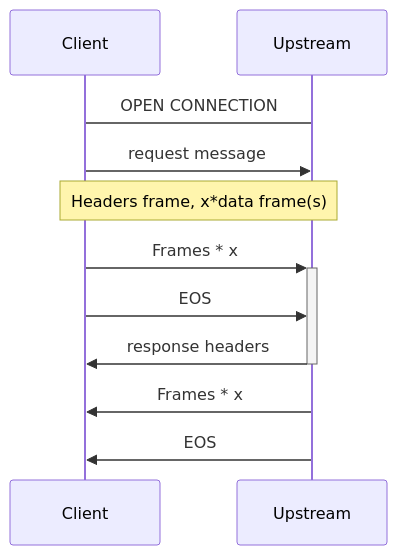
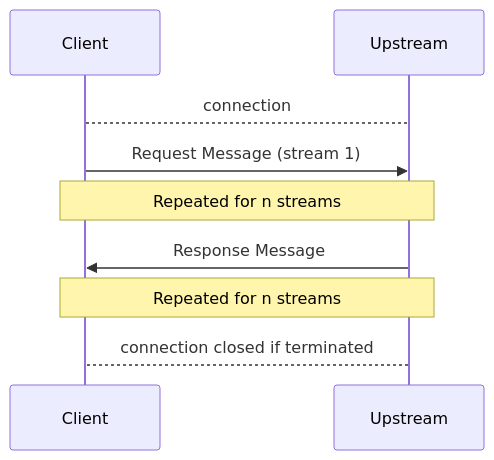
The second of 2 diagrams in geps/gep-3139/index.md (xtineskim/gateway-api), drawn with Mermaid before and after one commit. The commit also changed other lines of this file, not shown here.

````diff
--- a/geps/gep-3139/index.md
+++ b/geps/gep-3139/index.md
@@ -70,11 +70,9 @@
 ```mermaid
 sequenceDiagram
-    Client ->Upstream: OPEN CONNECTION
-    Client->>Upstream: request message    
-    Note over Client,Upstream: Headers frame, x*data frame(s)
-    Client->>+Upstream: Frames * x
-    Client->>Upstream: EOS
-    Upstream->>-Client: response headers
-    Upstream->>Client: Frames * x
-    Upstream->>Client: EOS
+    Client -->Upstream: connection 
+    Client->>Upstream: Request Message (stream 1) 
+    Note over Client,Upstream: Repeated for n streams 
+    Upstream->>Client: Response Message 
+    Note over Client,Upstream: Repeated for n streams
+    Upstream-->Client: connection closed if terminated 
 ```
````
